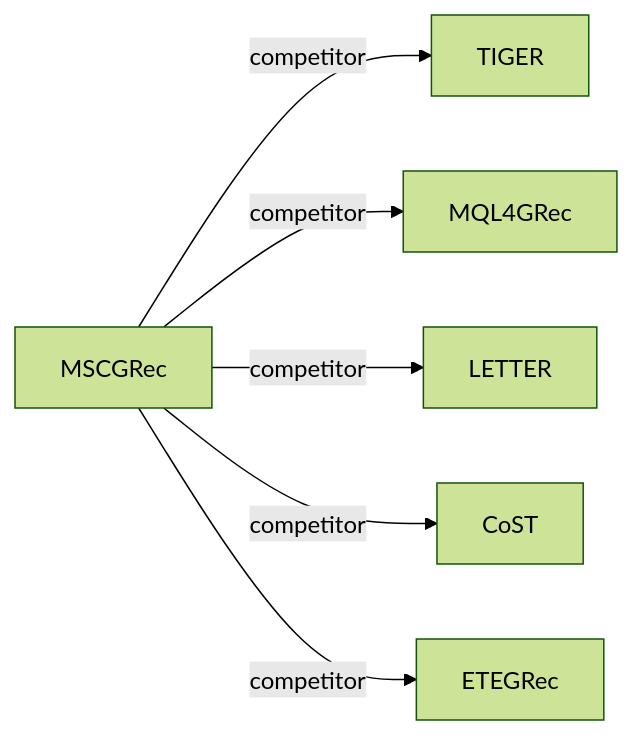
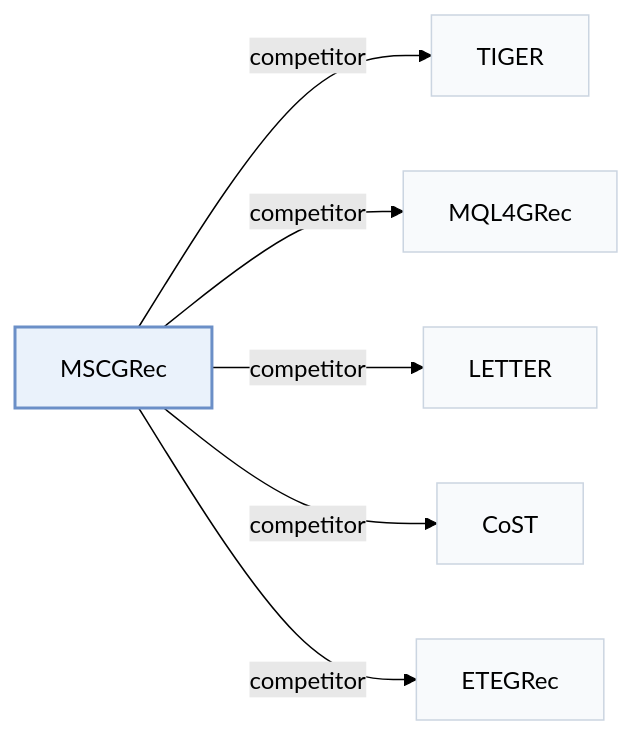
The second of 2 diagrams in pages/papers/mscgrec.md (Galaxy-ghost/Awesome-SID-Generative-Rec), drawn with Mermaid (forest theme) before and after one commit. The commit also changed other lines of this file and 649 other files, not shown here.

Commit message:
writer-05: also tags and modality index (schema, check, build, visuals); summary field removed; calibration data for 12 papers

````diff
--- a/pages/papers/mscgrec.md
+++ b/pages/papers/mscgrec.md
@@ -66,9 +74,13 @@
 ```mermaid
 flowchart LR
     P["MSCGRec"]
-    P -->|competitor| A["TIGER"]
-    P -->|competitor| B["MQL4GRec"]
-    P -->|competitor| C["LETTER"]
-    P -->|competitor| D["CoST"]
-    P -->|competitor| E["ETEGRec"]
+    P -->|"competitor"| A["TIGER"]
+    P -->|"competitor"| B["MQL4GRec"]
+    P -->|"competitor"| C["LETTER"]
+    P -->|"competitor"| D["CoST"]
+    P -->|"competitor"| E["ETEGRec"]
+    classDef main fill:#eaf2fb,stroke:#6b8fc7,stroke-width:2px
+    classDef peer fill:#f8fafc,stroke:#cbd5e1
+    class P main
+    class A,B,C,D,E peer
 ```
````
